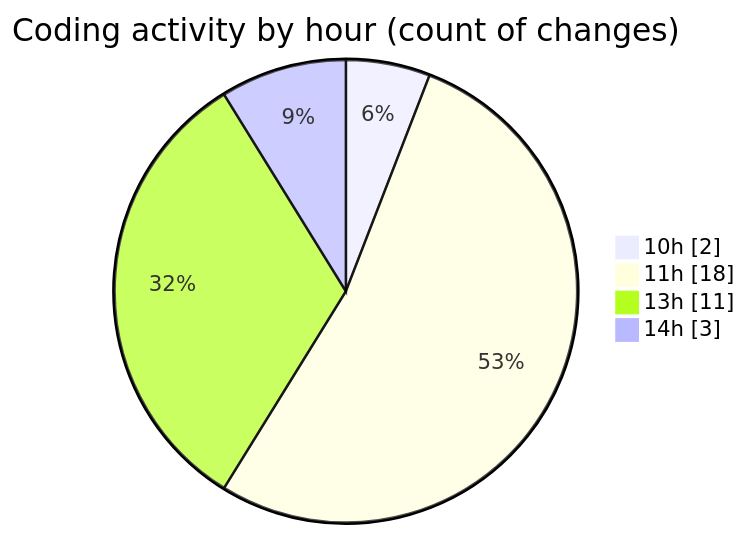
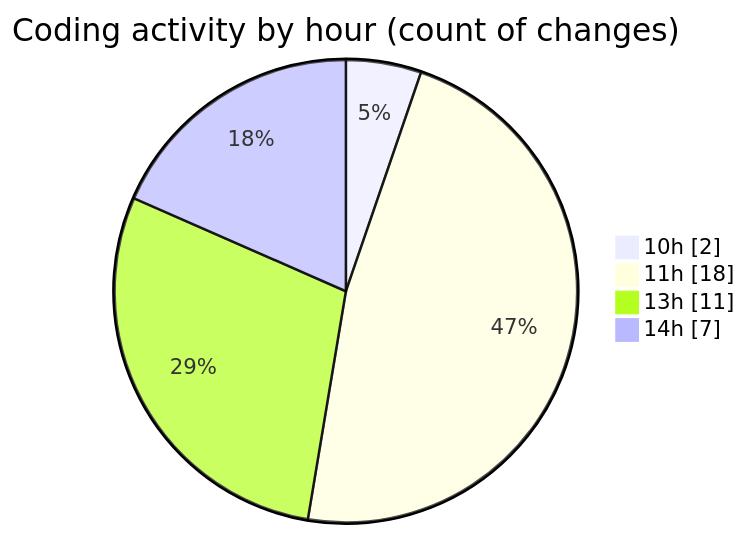
Before and after one commit to MatusMokan/code-tracking: the second of 2 diagrams in 2025-03-17/myws__workspace_/README.md, drawn with Mermaid. The commit also changed other lines of this file and 1 other file, not shown here.

````diff
--- a/2025-03-17/myws__workspace_/README.md
+++ b/2025-03-17/myws__workspace_/README.md
@@ -31,8 +32,8 @@
 ```mermaid
 pie showData
 title Coding activity by hour (count of changes)
 "10h" : 2
 "11h" : 18
 "13h" : 11
-"14h" : 3
+"14h" : 7
 ```
````
